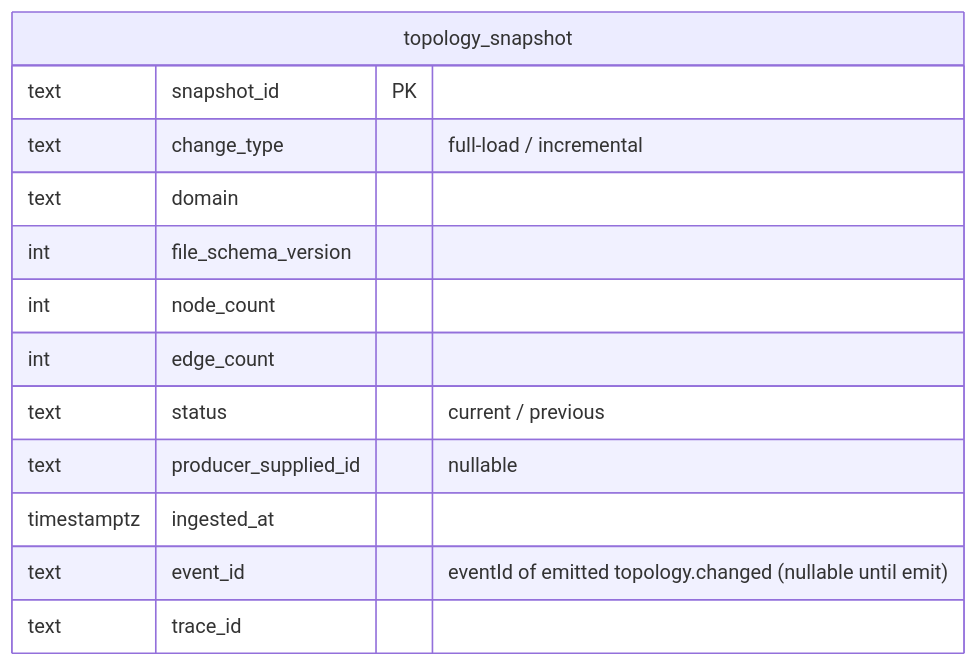
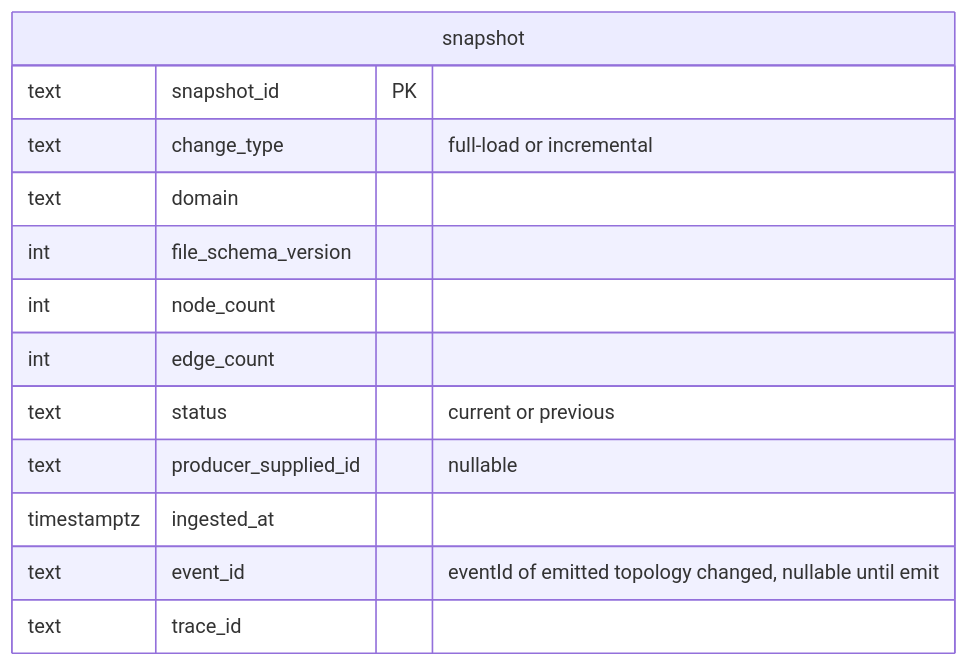
The fourth of 11 diagrams in services/topology/design.md (nikhilmohan/correlation-platform), drawn with Mermaid before and after one commit. The commit also changed other lines of this file, not shown here.

First line of the commit message:
design(topology): rework graph backend Apache AGE → NebulaGraph (nGQL)

````diff
--- a/services/topology/design.md
+++ b/services/topology/design.md
@@ -270,16 +409,16 @@
 ```mermaid
 erDiagram
-  topology_snapshot {
+  snapshot {
     text   snapshot_id PK
-    text   change_type "full-load / incremental"
+    text   change_type "full-load or incremental"
     text   domain
     int    file_schema_version
     int    node_count
     int    edge_count
-    text   status "current / previous"
+    text   status "current or previous"
     text   producer_supplied_id "nullable"
     timestamptz ingested_at
-    text   event_id "eventId of emitted topology.changed (nullable until emit)"
+    text   event_id "eventId of emitted topology changed, nullable until emit"
     text   trace_id
   }
 ```
````
